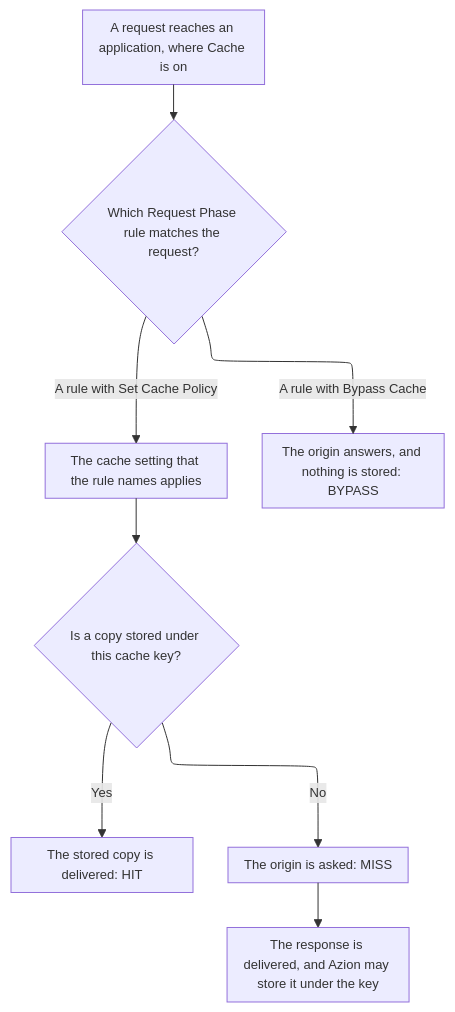
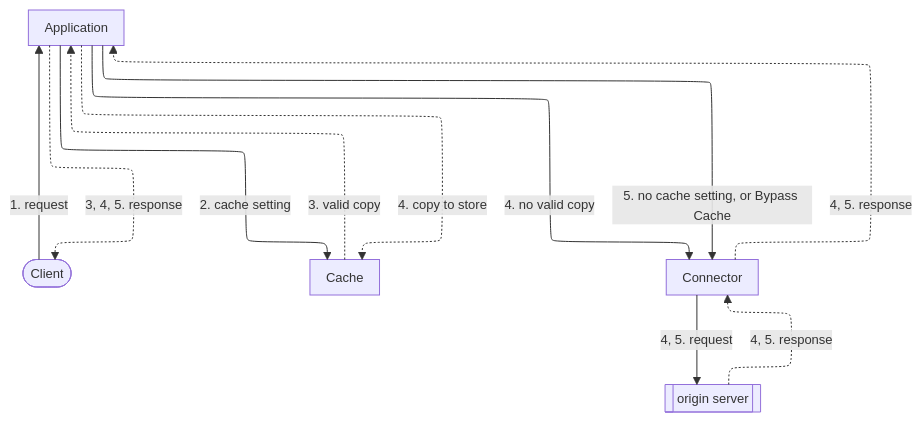
Before and after one commit to aziontech/docs: the diagram in apps/docs/src/content/docs/en/pages/build/cache/overview.mdx, drawn with Mermaid. The commit also changed other lines of this file and 5 other files, not shown here.

First line of the commit message:
docs(cache): apply the new rules to the Cache overview, quickstart, and Expiration and freshness

````diff
--- a/apps/docs/src/content/docs/en/pages/build/cache/overview.mdx
+++ b/apps/docs/src/content/docs/en/pages/build/cache/overview.mdx
@@ -57,11 +59,19 @@
 ```mermaid
-%%{init: {"layout": "elk", "themeVariables": {"fontSize": "13px"}, "flowchart": {"nodeSpacing": 24, "rankSpacing": 36, "padding": 8, "wrappingWidth": 150, "useMaxWidth": true}, "sequence": {"width": 120, "actorMargin": 30, "useMaxWidth": true}}}%%
+%%{init: {"layout": "elk", "elk": {"cycleBreakingStrategy": "MODEL_ORDER"}, "themeVariables": {"fontSize": "13px"}, "flowchart": {"nodeSpacing": 24, "rankSpacing": 36, "padding": 8, "wrappingWidth": 150, "useMaxWidth": true}, "sequence": {"width": 120, "actorMargin": 30, "useMaxWidth": true}}}%%
 flowchart TD
-  Request["A request reaches an application, where Cache is on"] --> Rules{"Which Request Phase rule matches the request?"}
-  Rules -->|"A rule with Set Cache Policy"| Setting["The cache setting that the rule names applies"]
-  Rules -->|"A rule with Bypass Cache"| Bypass["The origin answers, and nothing is stored: BYPASS"]
-  Setting --> Lookup{"Is a copy stored under this cache key?"}
-  Lookup -->|"Yes"| Hit["The stored copy is delivered: HIT"]
-  Lookup -->|"No"| Origin["The origin is asked: MISS"]
-  Origin --> Store["The response is delivered, and Azion may store it under the key"]
+  Client(["Client"])
+  App["Application"]
+  Cache["Cache"]
+  Conn["Connector"]
+  Origin[["origin server"]]
+  Client -->|"1. request"| App
+  App -->|"2. cache setting"| Cache
+  Cache -.->|"3. valid copy"| App
+  App -->|"4. no valid copy"| Conn
+  App -->|"5. no cache setting, or Bypass Cache"| Conn
+  Conn -->|"4, 5. request"| Origin
+  Origin -.->|"4, 5. response"| Conn
+  Conn -.->|"4, 5. response"| App
+  App -.->|"4. copy to store"| Cache
+  App -.->|"3, 4, 5. response"| Client
 ```
````
